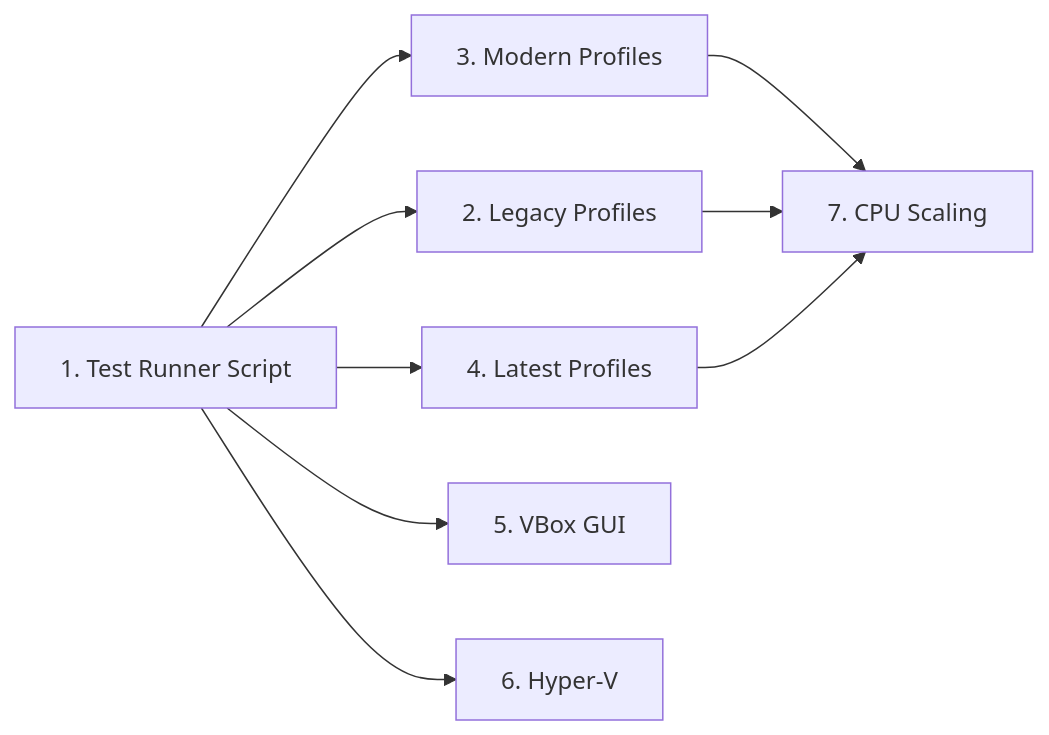
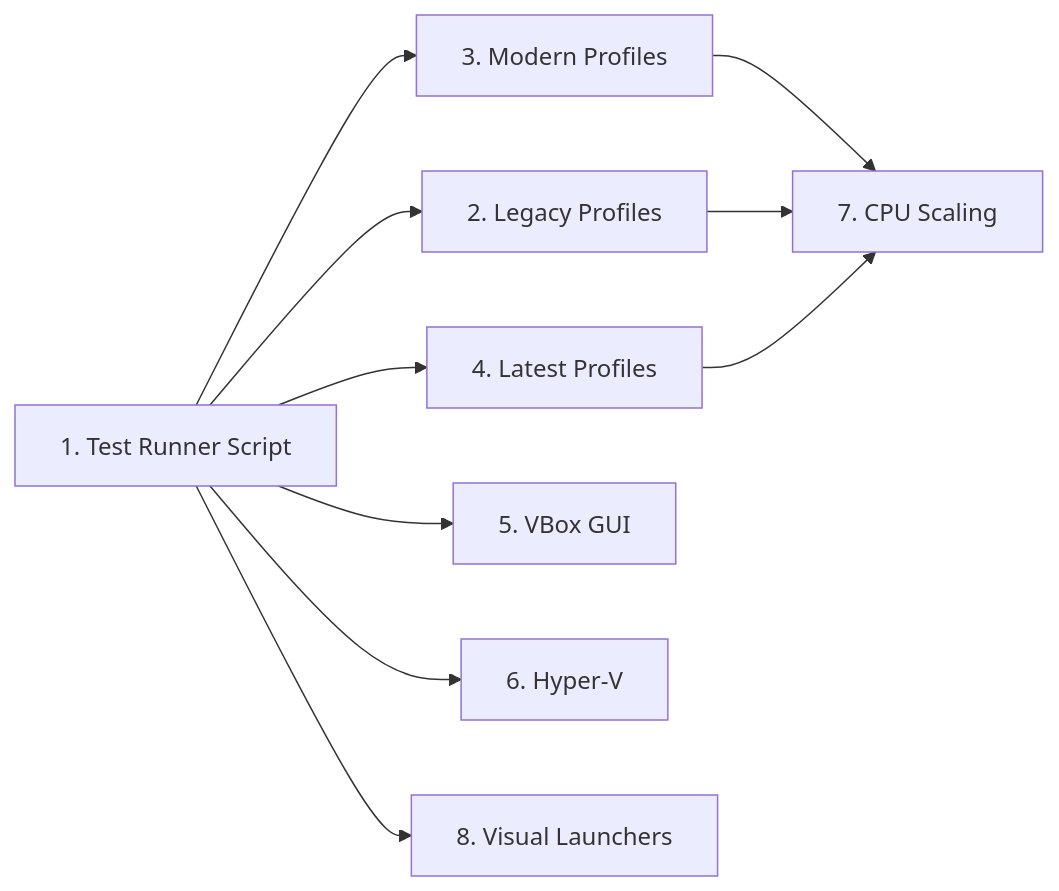
Before and after one commit to rizonesoft/impossible-os: the diagram in todo/000-Infrastructure/TODO-009-Testing.md, drawn with Mermaid. The commit also changed other lines of this file and 1 other file, not shown here.

Commit message:
docs: add Windows visual test launchers (§8) to TODO-009

````diff
--- a/todo/000-Infrastructure/TODO-009-Testing.md
+++ b/todo/000-Infrastructure/TODO-009-Testing.md
@@ -310,11 +377,12 @@
 ```mermaid
 graph LR
     A[1. Test Runner Script] --> B[3. Modern Profiles]
     A --> C[2. Legacy Profiles]
     A --> D[4. Latest Profiles]
     B --> E[7. CPU Scaling]
     C --> E
     D --> E
     A --> F[5. VBox GUI]
     A --> G[6. Hyper-V]
+    A --> H[8. Visual Launchers]
 ```
````
